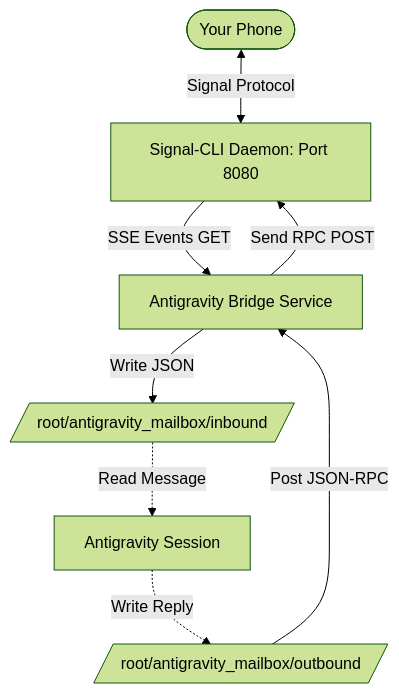
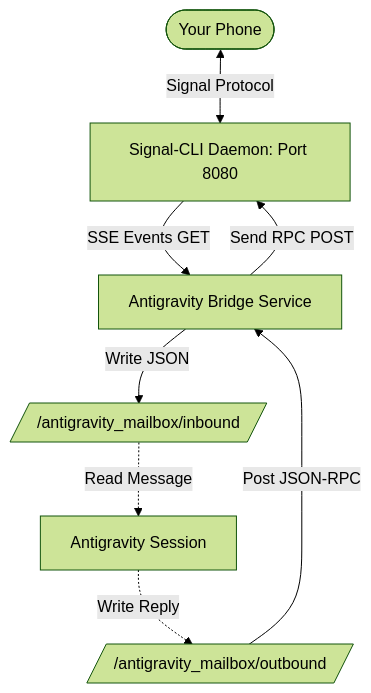
The diagram in README.md (timsonner/antigravity-signal-bridge), drawn with Mermaid (forest theme) before and after one commit. The commit also changed other lines of this file and 5 other files, not shown here.

````diff
--- a/README.md
+++ b/README.md
@@ -13,10 +13,10 @@
 ```mermaid
 graph TD
     User([Your Phone]) <-->|Signal Protocol| SD[Signal-CLI Daemon: Port 8080]
     SD -->|SSE Events GET| ASB[Antigravity Bridge Service]
-    ASB -->|Write JSON| Inbound[/root/antigravity_mailbox/inbound/]
+    ASB -->|Write JSON| Inbound[/<user>/antigravity_mailbox/inbound/]
     Inbound -.->|Read Message| AG[Antigravity Session]
-    AG -.->|Write Reply| Outbound[/root/antigravity_mailbox/outbound/]
+    AG -.->|Write Reply| Outbound[/<user>/antigravity_mailbox/outbound/]
     Outbound -->|Post JSON-RPC| ASB
     ASB -->|Send RPC POST| SD
 ```
````
